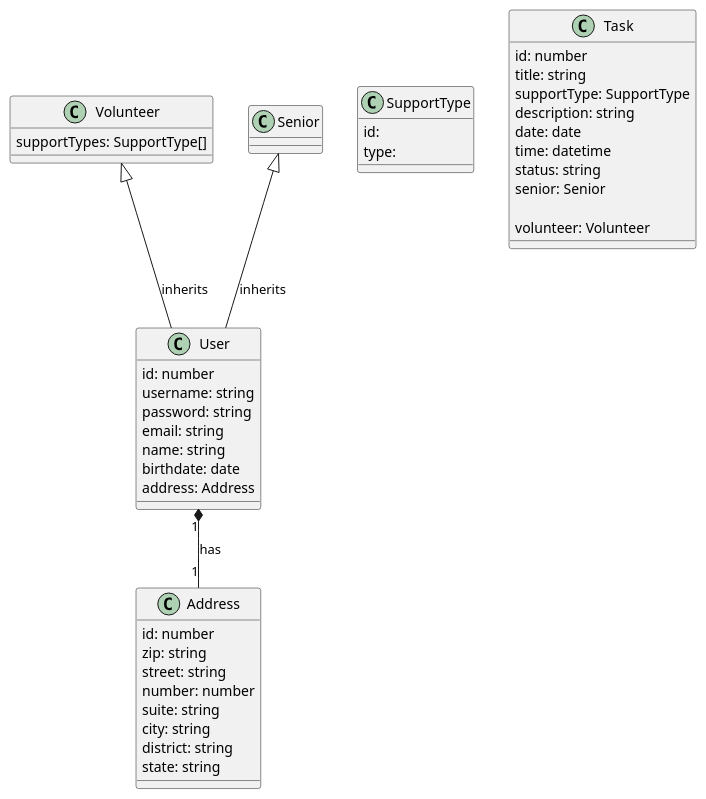
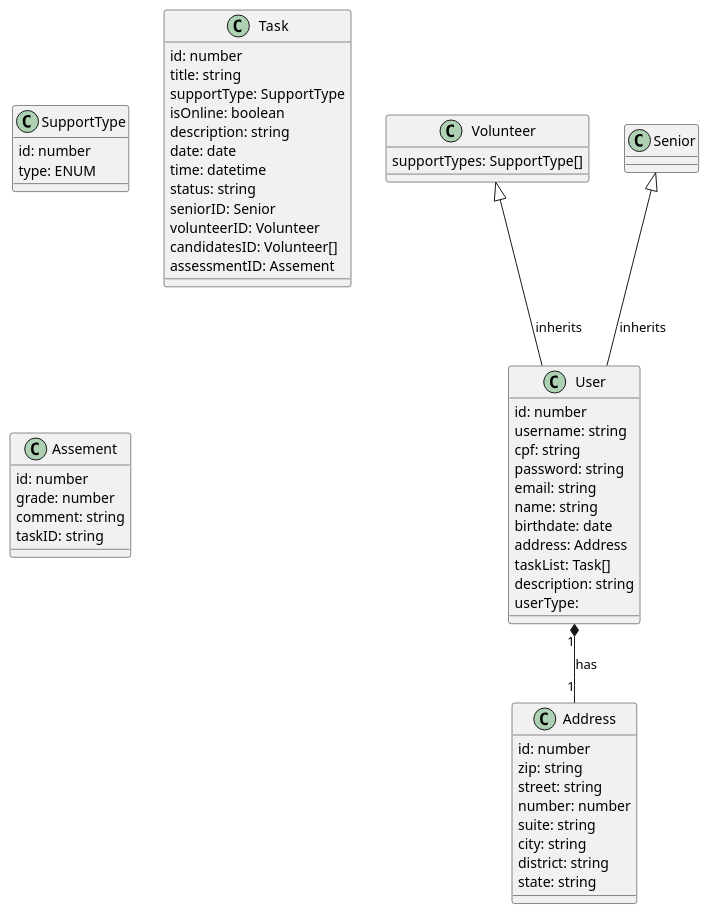
The diagram in Diagrama.puml (StartDB/db-desafio-rachel-gustavo), drawn with PlantUML before and after one commit.

Commit message:
Update Diagrama.puml
Em conversa encontramos novos atributos e estamos pensando em tirar a class Senior

```diff
--- a/Diagrama.puml
+++ b/Diagrama.puml
@@ -1,52 +1,66 @@
 @startuml
 class User {
   id: number
   username: string
+  cpf: string
   password: string
   email: string
   name: string
   birthdate: date
   address: Address
+  taskList: Task[]
+  description: string
+  userType: 
 }
 
 class Address {
   id: number
   zip: string
   street: string
   number: number
   suite: string
   city: string
   district: string
   state: string
 }
 
 class SupportType {
- id:
- type:
+ id: number
+ type: ENUM
 }
 
 class Volunteer {
  supportTypes: SupportType[]
 }
 
 class Senior {
+ 
 }
 
 class Task {
 id: number
 title: string
 supportType: SupportType
+isOnline: boolean
 description: string
 date: date
 time: datetime
 status: string
-senior: Senior
+seniorID: Senior
+volunteerID: Volunteer
+candidatesID: Volunteer[]
+assessmentID: Assement 
+}
 
-volunteer: Volunteer
-}
+class Assement {
+id: number
+grade: number
+comment: string
+taskID: string
+} 
 
 
 User "1" *-- "1" Address : has
 Volunteer <|-- User : inherits
 Senior <|-- User : inherits
 @enduml
```
